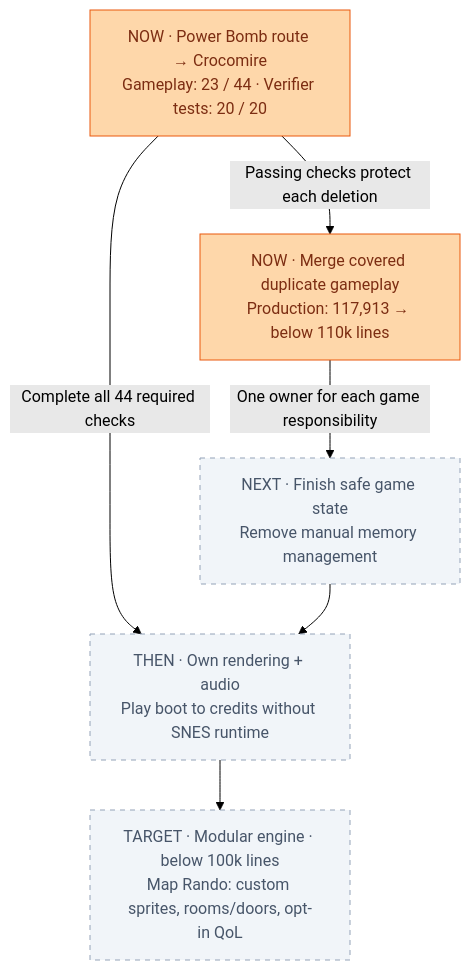
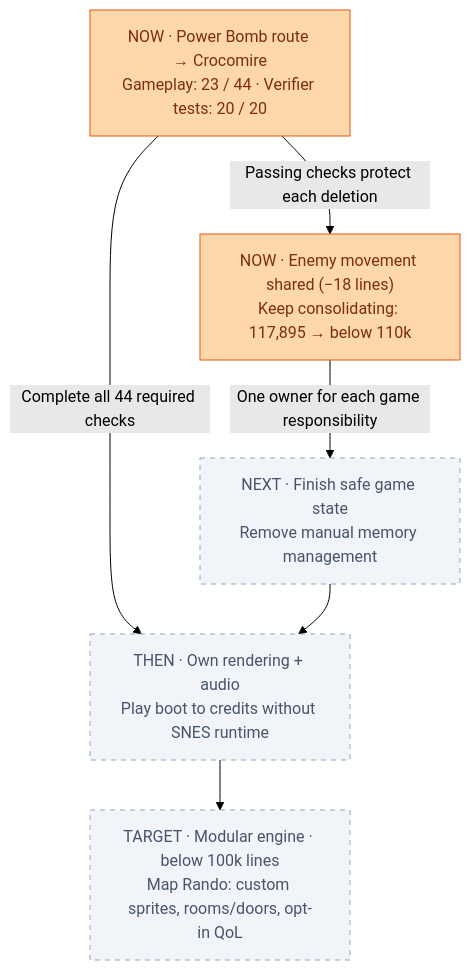
One commit to JimLundin/sm-decomp changed the diagram in PROGRESS.md. Above: the diagram before and after it, drawn with Mermaid (forest theme). The commit also changed other lines of this file and 2 other files, not shown here.

````diff
--- a/PROGRESS.md
+++ b/PROGRESS.md
@@ -3,14 +3,14 @@
 ```mermaid
 flowchart TB
     NOW["NOW · Power Bomb route → Crocomire<br/>Gameplay: 23 / 44 · Verifier tests: 20 / 20"]:::active
-    DELETE["NOW · Merge covered duplicate gameplay<br/>Production: 117,913 → below 110k lines"]:::active
+    DELETE["NOW · Enemy movement shared (−18 lines)<br/>Keep consolidating: 117,895 → below 110k"]:::active
     OWN["NEXT · Finish safe game state<br/>Remove manual memory management"]:::pending
     PROVE["THEN · Own rendering + audio<br/>Play boot to credits without SNES runtime"]:::pending
     TARGET["TARGET · Modular engine · below 100k lines<br/>Map Rando: custom sprites, rooms/doors, opt-in QoL"]:::pending
     NOW -->|Passing checks protect each deletion| DELETE
     DELETE -->|One owner for each game responsibility| OWN
     NOW -->|Complete all 44 required checks| PROVE
     OWN --> PROVE --> TARGET
     classDef active fill:#fed7aa,stroke:#ea580c,color:#7c2d12
     classDef pending fill:#f1f5f9,stroke:#94a3b8,color:#475569,stroke-dasharray:5 5
 ```
````
